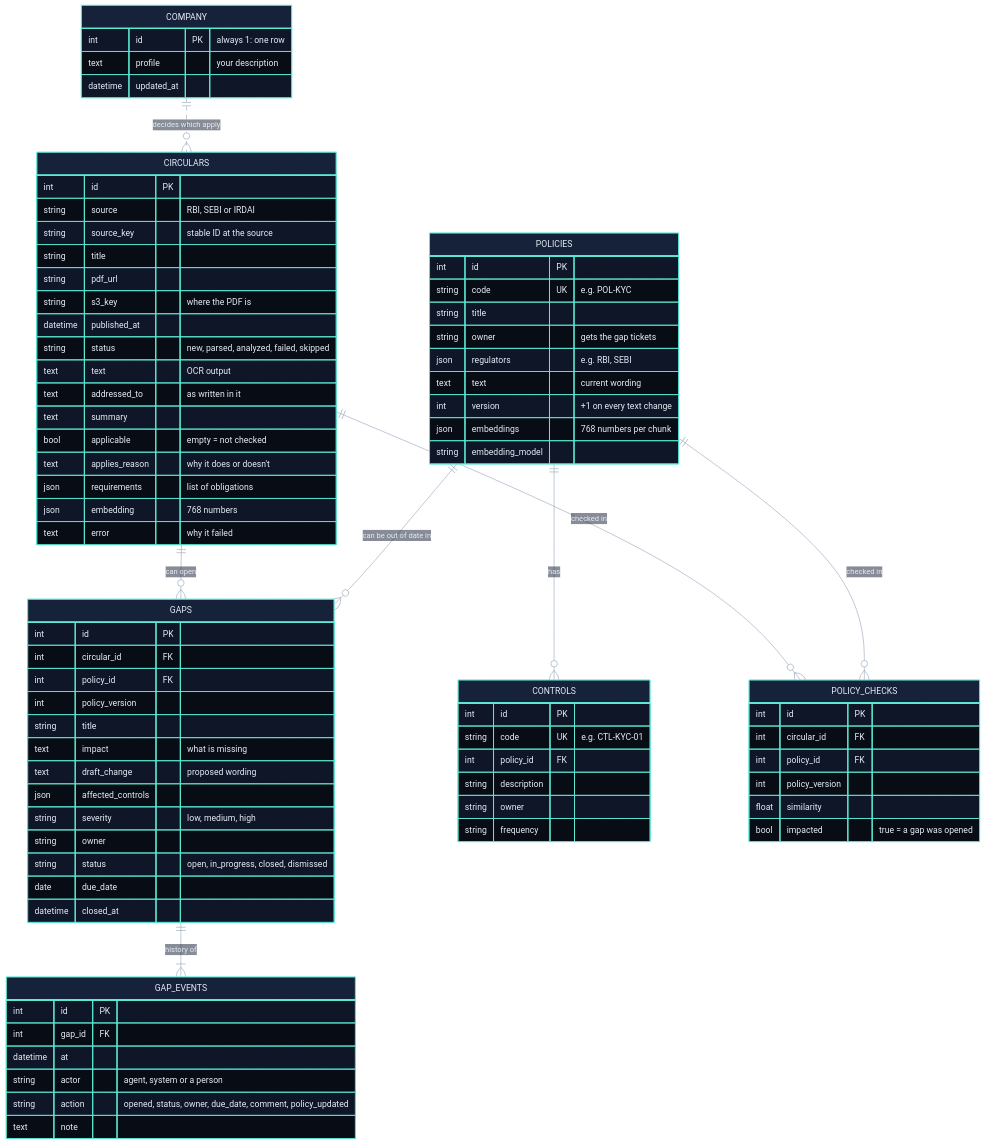
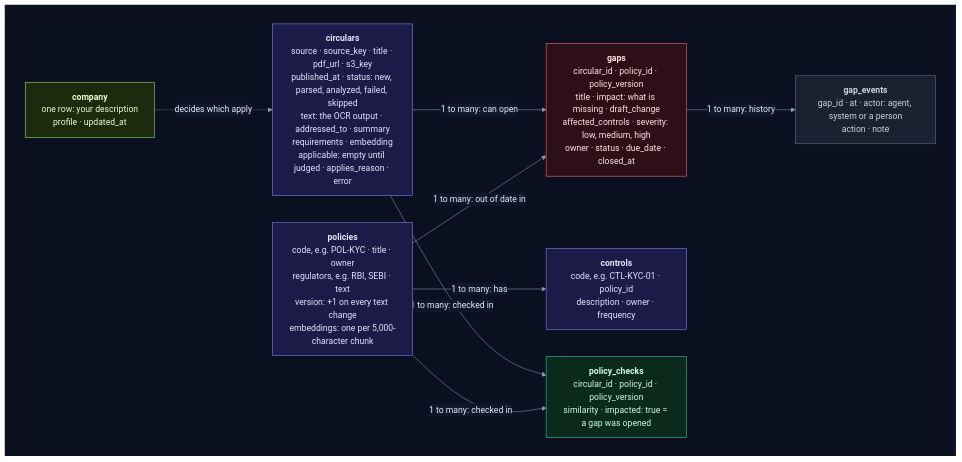
Before and after one commit to selvakumarperumal/Regulatory_Circular_Impact_Agent: diagram 15 of 21 in how_it_works.md, drawn with Mermaid. The commit also changed other lines of this file and 1 other file, not shown here.

````diff
--- a/how_it_works.md
+++ b/how_it_works.md
@@ -844,85 +899,37 @@
 ```mermaid
-%%{init: {"theme": "base", "themeVariables": {"darkMode": true, "primaryColor": "#16213a", "primaryTextColor": "#e6edf7", "primaryBorderColor": "#5eead4", "lineColor": "#8b9bb4", "secondaryColor": "#1b2436", "tertiaryColor": "#101a2e", "edgeLabelBackground": "#0f172a", "textColor": "#e2e8f0", "attributeBackgroundColorOdd": "#111a2c", "attributeBackgroundColorEven": "#162136"}}}%%
-erDiagram
-    CIRCULARS ||--o{ GAPS : "can open"
-    POLICIES ||--o{ GAPS : "can be out of date in"
-    POLICIES ||--o{ CONTROLS : has
-    GAPS ||--|{ GAP_EVENTS : "history of"
-    CIRCULARS ||--o{ POLICY_CHECKS : "checked in"
-    POLICIES ||--o{ POLICY_CHECKS : "checked in"
-    COMPANY ||..o{ CIRCULARS : "decides which apply"
+%%{init: {"theme": "base", "flowchart": {"diagramPadding": 0}, "themeVariables": {"darkMode": true, "primaryColor": "#16213a", "primaryTextColor": "#e6edf7", "primaryBorderColor": "#475a7a", "lineColor": "#8b9bb4", "secondaryColor": "#1b2436", "tertiaryColor": "#101a2e", "edgeLabelBackground": "#0f172a", "textColor": "#e2e8f0", "clusterBkg": "#0f1728", "clusterBorder": "#2b3a55", "titleColor": "#c4b5fd", "nodeTextColor": "#e6edf7"}}}%%
+flowchart LR
+    subgraph canvas[" "]
+        direction LR
+        CO["<b>company</b><br/>one row: your description<br/>profile · updated_at"]
+        CI["<b>circulars</b><br/>source · source_key · title · pdf_url · s3_key<br/>published_at · status: new, parsed, analyzed, failed, skipped<br/>text: the OCR output · addressed_to · summary<br/>requirements · embedding<br/>applicable: empty until judged · applies_reason · error"]
+        PO["<b>policies</b><br/>code, e.g. POL-KYC · title · owner<br/>regulators, e.g. RBI, SEBI · text<br/>version: +1 on every text change<br/>embeddings: one per 5,000-character chunk"]
+        CT["<b>controls</b><br/>code, e.g. CTL-KYC-01 · policy_id<br/>description · owner · frequency"]
+        PC["<b>policy_checks</b><br/>circular_id · policy_id · policy_version<br/>similarity · impacted: true = a gap was opened"]
+        GA["<b>gaps</b><br/>circular_id · policy_id · policy_version<br/>title · impact: what is missing · draft_change<br/>affected_controls · severity: low, medium, high<br/>owner · status · due_date · closed_at"]
+        GE["<b>gap_events</b><br/>gap_id · at · actor: agent, system or a person<br/>action · note"]
+        CO -.->|"decides which apply"| CI
+        CI -->|"1 to many: can open"| GA
+        PO -->|"1 to many: out of date in"| GA
+        PO -->|"1 to many: has"| CT
+        GA -->|"1 to many: history"| GE
+        CI -->|"1 to many: checked in"| PC
+        PO -->|"1 to many: checked in"| PC
+    end
 
-    CIRCULARS {
-        int id PK
-        string source "RBI, SEBI or IRDAI"
-        string source_key "stable ID at the source"
-        string title
-        string pdf_url
-        string s3_key "where the PDF is"
-        datetime published_at
-        string status "new, parsed, analyzed, failed, skipped"
-        text text "OCR output"
-        text addressed_to "as written in it"
-        text summary
-        bool applicable "empty = not checked"
-        text applies_reason "why it does or doesn't"
-        json requirements "list of obligations"
-        json embedding "768 numbers"
-        text error "why it failed"
-    }
-    COMPANY {
-        int id PK "always 1: one row"
-        text profile "your description"
-        datetime updated_at
-    }
-    POLICIES {
-        int id PK
-        string code UK "e.g. POL-KYC"
-        string title
-        string owner "gets the gap tickets"
-        json regulators "e.g. RBI, SEBI"
-        text text "current wording"
-        int version "+1 on every text change"
-        json embeddings "768 numbers per chunk"
-        string embedding_model
-    }
-    POLICY_CHECKS {
-        int id PK
-        int circular_id FK
-        int policy_id FK
-        int policy_version
-        float similarity
-        bool impacted "true = a gap was opened"
-    }
-    CONTROLS {
-        int id PK
-        string code UK "e.g. CTL-KYC-01"
-        int policy_id FK
-        string description
-        string owner
-        string frequency
-    }
-    GAPS {
-        int id PK
-        int circular_id FK
-        int policy_id FK
-        int policy_version
-        string title
-        text impact "what is missing"
-        text draft_change "proposed wording"
-        json affected_controls
-        string severity "low, medium, high"
-        string owner
-        string status "open, in_progress, closed, dismissed"
-        date due_date
-        datetime closed_at
-    }
-    GAP_EVENTS {
-        int id PK
-        int gap_id FK
-        datetime at
-        string actor "agent, system or a person"
-        string action "opened, status, owner, due_date, comment, policy_updated"
-        text note
-    }
+    classDef svc fill:#0e2a2c,stroke:#2dd4bf,color:#ccfbf1
+    classDef data fill:#1c1a47,stroke:#818cf8,color:#e0e7ff
+    classDef ext fill:#2a1640,stroke:#c084fc,color:#f3e8ff
+    classDef gpu fill:#2d1b0c,stroke:#fb923c,color:#ffedd5
+    classDef ask fill:#2a2410,stroke:#fbbf24,color:#fef3c7
+    classDef ok fill:#0b2a1c,stroke:#34d399,color:#d1fae5
+    classDef bad fill:#2e0f17,stroke:#fb7185,color:#ffe4e6
+    classDef start fill:#1c2a0e,stroke:#a7ef6f,color:#ecfccb
+    classDef muted fill:#1a2130,stroke:#64748b,color:#cbd5e1
+    class CO start
+    class CI,PO,CT data
+    class PC ok
+    class GA bad
+    class GE muted
+    style canvas fill:#0b1020,stroke:#1e293b,color:#0b1020
 ```
````
